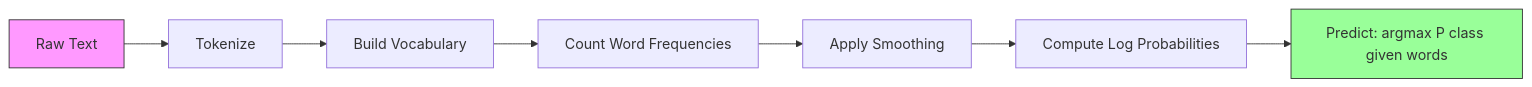
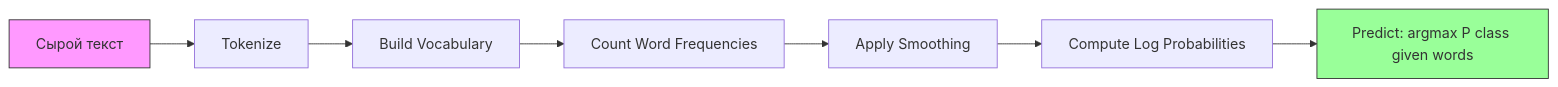
The diagram in phases/02-ml-fundamentals/14-naive-bayes/docs/ru.md (stabuev/ai-engineering-from-scratch), drawn with Mermaid before and after one commit. The commit also changed other lines of this file and 22 other files, not shown here.

````diff
--- a/phases/02-ml-fundamentals/14-naive-bayes/docs/ru.md
+++ b/phases/02-ml-fundamentals/14-naive-bayes/docs/ru.md
@@ -209,12 +209,12 @@
 ```mermaid
 flowchart LR
-    A[Raw Text] --> B[Tokenize]
+    A[Сырой текст] --> B[Tokenize]
     B --> C[Build Vocabulary]
     C --> D[Count Word Frequencies]
     D --> E[Apply Smoothing]
     E --> F[Compute Log Probabilities]
     F --> G[Predict: argmax P class given words]
 
     style A fill:#f9f,stroke:#333
     style G fill:#9f9,stroke:#333
 ```
````
